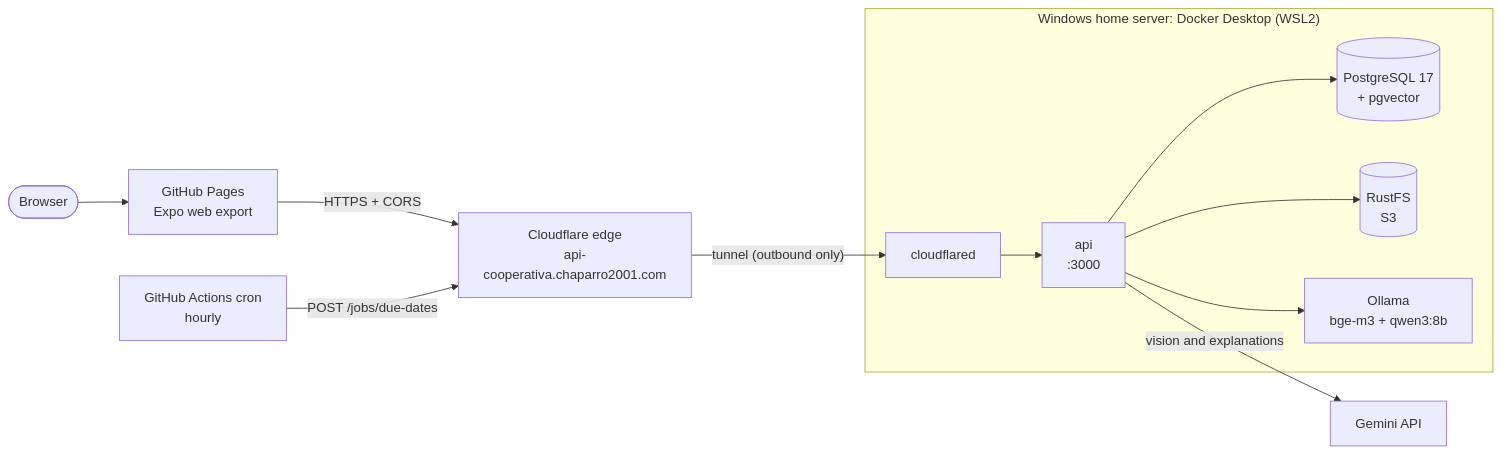
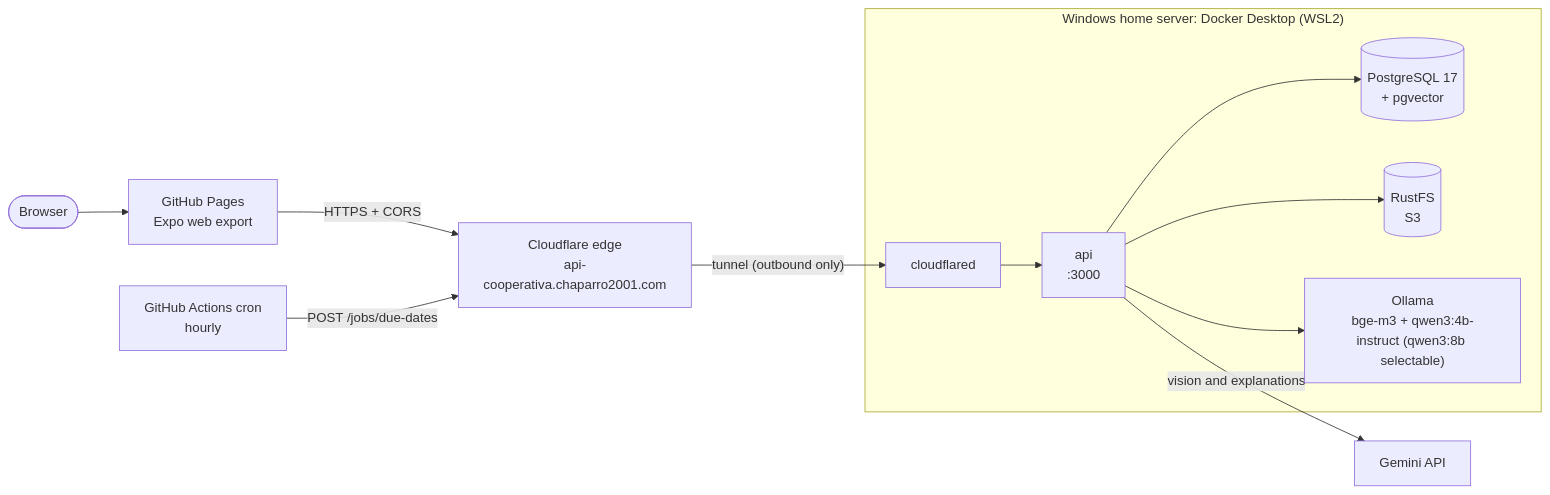
The diagram in docs/04-deployment.md (chaparro2001/multiCooperativa), drawn with Mermaid before and after one commit. The commit also changed other lines of this file and 8 other files, not shown here.

Commit message:
docs(deploy): qwen3:4b-instruct as default assistant model of the hosted demo (ADR-015)

````diff
--- a/docs/04-deployment.md
+++ b/docs/04-deployment.md
@@ -7,14 +7,14 @@
 ```mermaid
 flowchart LR
   user([Browser]) --> pages["GitHub Pages<br/>Expo web export"]
   pages -- "HTTPS + CORS" --> cf["Cloudflare edge<br/>api-cooperativa.chaparro2001.com"]
   cf -- "tunnel (outbound only)" --> cloudflared
   subgraph server ["Windows home server: Docker Desktop (WSL2)"]
     cloudflared["cloudflared"] --> api["api<br/>:3000"]
     api --> pg[("PostgreSQL 17<br/>+ pgvector")]
     api --> s3[("RustFS<br/>S3")]
-    api --> ollama["Ollama<br/>bge-m3 + qwen3:8b"]
+    api --> ollama["Ollama<br/>bge-m3 + qwen3:4b-instruct (qwen3:8b selectable)"]
   end
   api -- "vision and explanations" --> gemini["Gemini API"]
   cron["GitHub Actions cron<br/>hourly"] -- "POST /jobs/due-dates" --> cf
 ```
````
